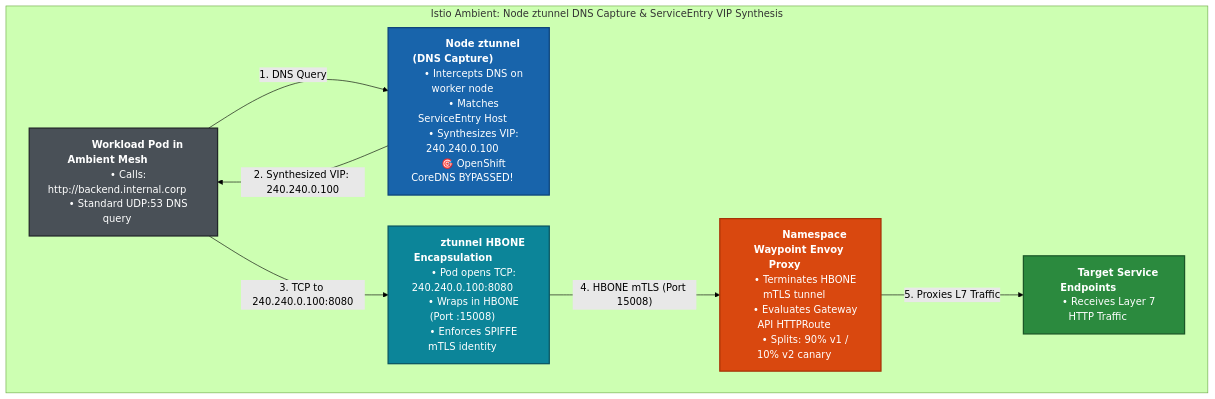
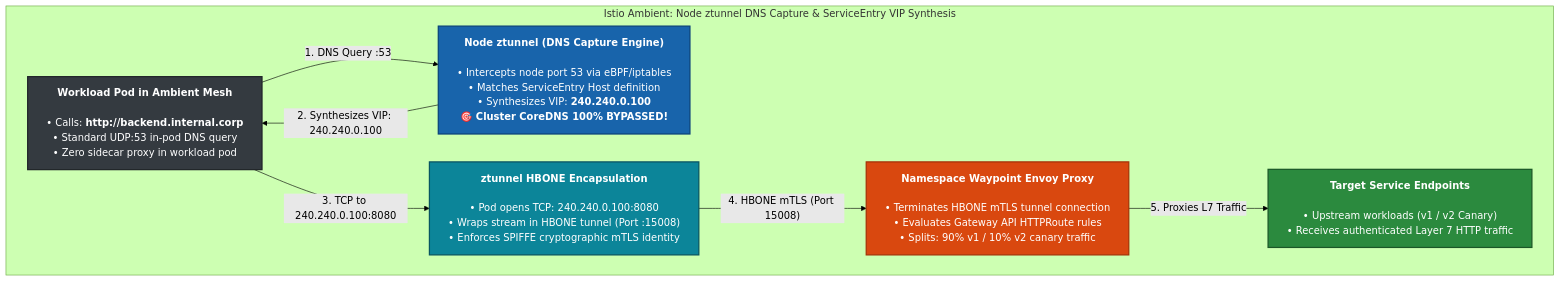
Before and after one commit to nubenetes/cloudnative-ingress-mesh-lab: the ninth of 10 diagrams in docs/FQDN_ROUTING.md, drawn with Mermaid (forest theme). The commit also changed other lines of this file, not shown here.

Commit message:
docs: resolve text clipping across all diagrams in FQDN_ROUTING.md

````diff
--- a/docs/FQDN_ROUTING.md
+++ b/docs/FQDN_ROUTING.md
@@ -1083,32 +1089,33 @@
 ```mermaid
+%%{init: {"flowchart": {"wrappingWidth": 460, "nodeSpacing": 45, "rankSpacing": 45}}}%%
 flowchart TD
-    subgraph IstioAmbientDNS ["&nbsp;&nbsp;&nbsp;&nbsp;&nbsp;&nbsp;&nbsp;&nbsp;&nbsp;&nbsp;&nbsp;&nbsp;Istio Ambient: Node ztunnel DNS Capture & ServiceEntry VIP Synthesis&nbsp;&nbsp;&nbsp;&nbsp;&nbsp;&nbsp;&nbsp;&nbsp;&nbsp;&nbsp;&nbsp;&nbsp;"]
-        PodAmbient["&nbsp;&nbsp;&nbsp;&nbsp;&nbsp;&nbsp;&nbsp;&nbsp;&nbsp;&nbsp;<b>Workload Pod in Ambient Mesh</b>&nbsp;&nbsp;&nbsp;&nbsp;&nbsp;&nbsp;&nbsp;&nbsp;&nbsp;&nbsp;<br/>&nbsp;&nbsp;&nbsp;&nbsp;• Calls: http://backend.internal.corp&nbsp;&nbsp;&nbsp;&nbsp;<br/>&nbsp;&nbsp;&nbsp;&nbsp;• Standard UDP:53 DNS query&nbsp;&nbsp;&nbsp;&nbsp;"]
+    subgraph IstioAmbientDNS ["Istio Ambient: Node ztunnel DNS Capture & ServiceEntry VIP Synthesis"]
+        PodAmbient["<b>Workload Pod in Ambient Mesh</b><br/><br/>• Calls: <b>http://backend.internal.corp</b><br/>• Standard UDP:53 in-pod DNS query<br/>• Zero sidecar proxy in workload pod"]
         
-        ZtunnelDNS["&nbsp;&nbsp;&nbsp;&nbsp;&nbsp;&nbsp;&nbsp;&nbsp;&nbsp;&nbsp;<b>Node ztunnel (DNS Capture)</b>&nbsp;&nbsp;&nbsp;&nbsp;&nbsp;&nbsp;&nbsp;&nbsp;&nbsp;&nbsp;<br/>&nbsp;&nbsp;&nbsp;&nbsp;• Intercepts DNS on worker node&nbsp;&nbsp;&nbsp;&nbsp;<br/>&nbsp;&nbsp;&nbsp;&nbsp;• Matches ServiceEntry Host&nbsp;&nbsp;&nbsp;&nbsp;<br/>&nbsp;&nbsp;&nbsp;&nbsp;• Synthesizes VIP: 240.240.0.100&nbsp;&nbsp;&nbsp;&nbsp;<br/>&nbsp;&nbsp;&nbsp;&nbsp;🎯 OpenShift CoreDNS BYPASSED!&nbsp;&nbsp;&nbsp;&nbsp;"]
+        ZtunnelDNS["<b>Node ztunnel (DNS Capture Engine)</b><br/><br/>• Intercepts node port 53 via eBPF/iptables<br/>• Matches ServiceEntry Host definition<br/>• Synthesizes VIP: <b>240.240.0.100</b><br/>🎯 <b>Cluster CoreDNS 100% BYPASSED!</b>"]
         
-        HBONETunnel["&nbsp;&nbsp;&nbsp;&nbsp;&nbsp;&nbsp;&nbsp;&nbsp;&nbsp;&nbsp;<b>ztunnel HBONE Encapsulation</b>&nbsp;&nbsp;&nbsp;&nbsp;&nbsp;&nbsp;&nbsp;&nbsp;&nbsp;&nbsp;<br/>&nbsp;&nbsp;&nbsp;&nbsp;• Pod opens TCP: 240.240.0.100:8080&nbsp;&nbsp;&nbsp;&nbsp;<br/>&nbsp;&nbsp;&nbsp;&nbsp;• Wraps in HBONE (Port :15008)&nbsp;&nbsp;&nbsp;&nbsp;<br/>&nbsp;&nbsp;&nbsp;&nbsp;• Enforces SPIFFE mTLS identity&nbsp;&nbsp;&nbsp;&nbsp;"]
+        HBONETunnel["<b>ztunnel HBONE Encapsulation</b><br/><br/>• Pod opens TCP: 240.240.0.100:8080<br/>• Wraps stream in HBONE tunnel (Port :15008)<br/>• Enforces SPIFFE cryptographic mTLS identity"]
         
-        WaypointProxy["&nbsp;&nbsp;&nbsp;&nbsp;&nbsp;&nbsp;&nbsp;&nbsp;&nbsp;&nbsp;<b>Namespace Waypoint Envoy Proxy</b>&nbsp;&nbsp;&nbsp;&nbsp;&nbsp;&nbsp;&nbsp;&nbsp;&nbsp;&nbsp;<br/>&nbsp;&nbsp;&nbsp;&nbsp;• Terminates HBONE mTLS tunnel&nbsp;&nbsp;&nbsp;&nbsp;<br/>&nbsp;&nbsp;&nbsp;&nbsp;• Evaluates Gateway API HTTPRoute&nbsp;&nbsp;&nbsp;&nbsp;<br/>&nbsp;&nbsp;&nbsp;&nbsp;• Splits: 90% v1 / 10% v2 canary&nbsp;&nbsp;&nbsp;&nbsp;"]
+        WaypointProxy["<b>Namespace Waypoint Envoy Proxy</b><br/><br/>• Terminates HBONE mTLS tunnel connection<br/>• Evaluates Gateway API HTTPRoute rules<br/>• Splits: 90% v1 / 10% v2 canary traffic"]
         
-        TargetAmbient["&nbsp;&nbsp;&nbsp;&nbsp;&nbsp;&nbsp;&nbsp;&nbsp;&nbsp;&nbsp;<b>Target Service Endpoints</b>&nbsp;&nbsp;&nbsp;&nbsp;&nbsp;&nbsp;&nbsp;&nbsp;&nbsp;&nbsp;<br/>&nbsp;&nbsp;&nbsp;&nbsp;• Receives Layer 7 HTTP Traffic&nbsp;&nbsp;&nbsp;&nbsp;"]
+        TargetAmbient["<b>Target Service Endpoints</b><br/><br/>• Upstream workloads (v1 / v2 Canary)<br/>• Receives authenticated Layer 7 HTTP traffic"]
 
-        PodAmbient -->|"1. DNS Query"| ZtunnelDNS
-        ZtunnelDNS -->|"2. Synthesized VIP: 240.240.0.100"| PodAmbient
+        PodAmbient -->|"1. DNS Query :53"| ZtunnelDNS
+        ZtunnelDNS -->|"2. Synthesizes VIP: 240.240.0.100"| PodAmbient
         PodAmbient -->|"3. TCP to 240.240.0.100:8080"| HBONETunnel
         HBONETunnel -->|"4. HBONE mTLS (Port 15008)"| WaypointProxy
         WaypointProxy -->|"5. Proxies L7 Traffic"| TargetAmbient
     end
 
-    classDef client fill:#495057,stroke:#212529,stroke-width:2px,color:#fff;
-    classDef ztunnel fill:#1864ab,stroke:#0b427a,stroke-width:2px,color:#fff;
-    classDef tunnel fill:#0c8599,stroke:#085461,stroke-width:2px,color:#fff;
-    classDef waypoint fill:#d9480f,stroke:#a63207,stroke-width:2px,color:#fff;
-    classDef target fill:#2b8a3e,stroke:#1b5727,stroke-width:2px,color:#fff;
+    classDef client fill:#343a40,stroke:#212529,stroke-width:2px,color:#fff,min-width:380px;
+    classDef ztunnel fill:#1864ab,stroke:#0b427a,stroke-width:2px,color:#fff,min-width:380px;
+    classDef tunnel fill:#0c8599,stroke:#085461,stroke-width:2px,color:#fff,min-width:380px;
+    classDef waypoint fill:#d9480f,stroke:#a63207,stroke-width:2px,color:#fff,min-width:380px;
+    classDef target fill:#2b8a3e,stroke:#1b5727,stroke-width:2px,color:#fff,min-width:380px;
 
     class PodAmbient client;
     class ZtunnelDNS ztunnel;
     class HBONETunnel tunnel;
     class WaypointProxy waypoint;
     class TargetAmbient target;
 ```
````
